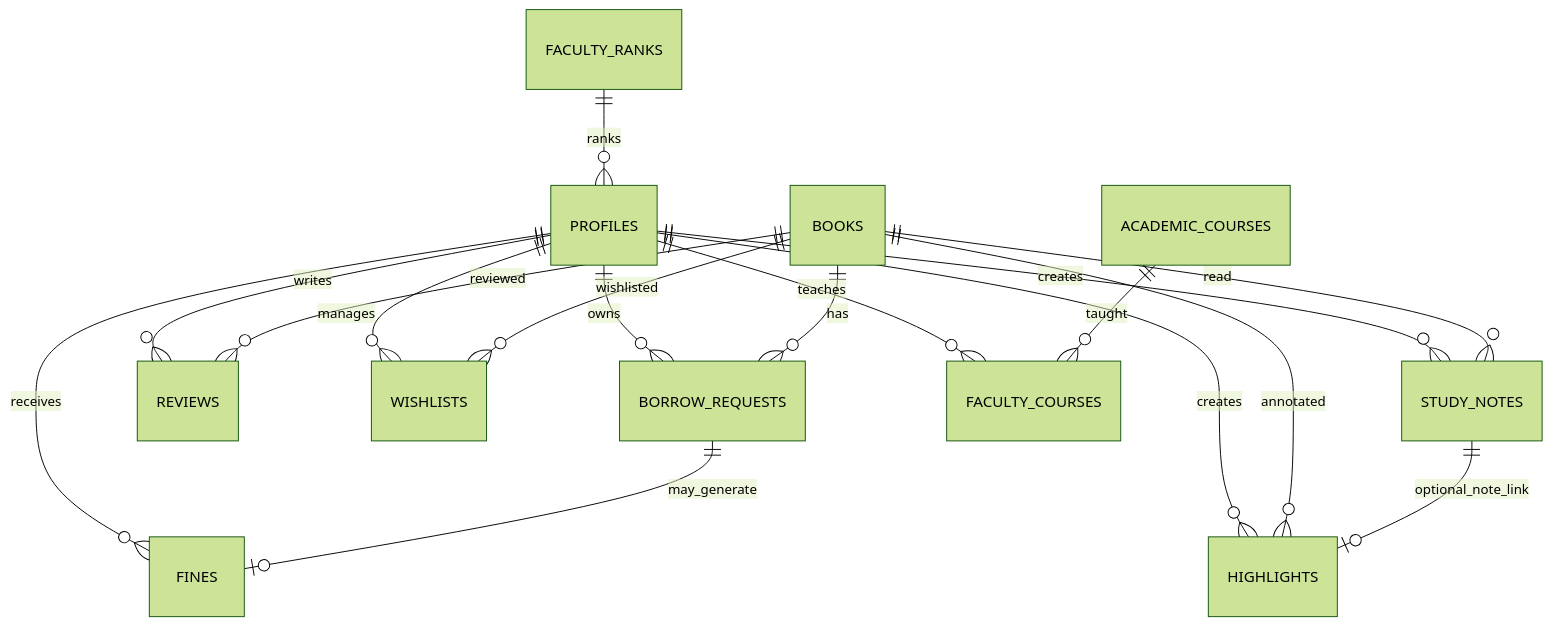
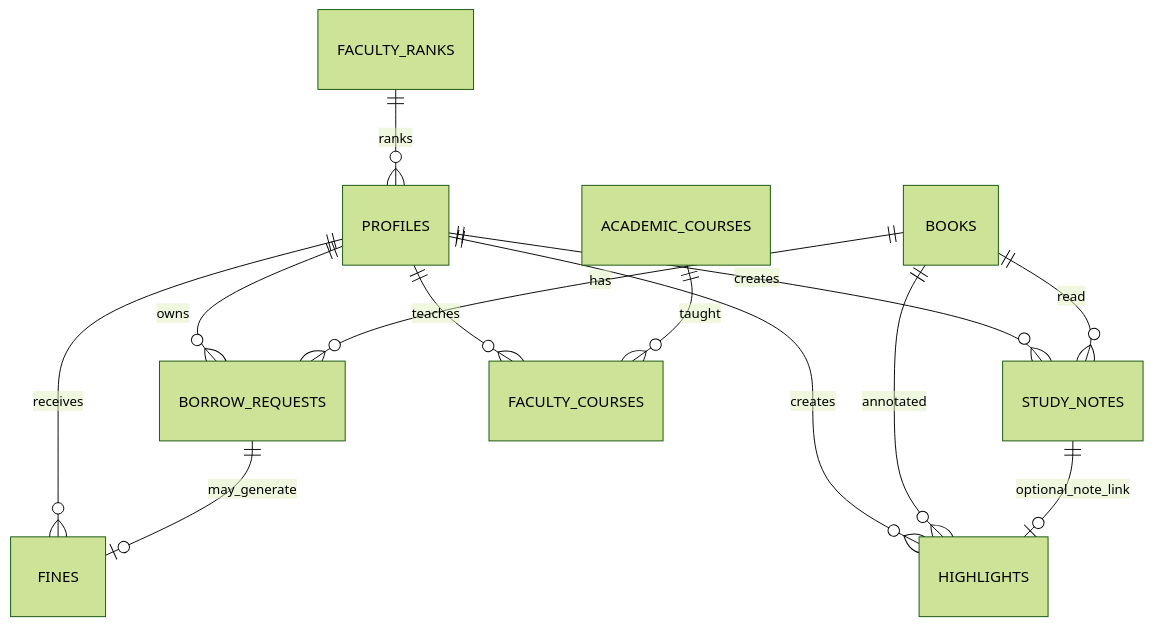
One commit to hirruaa/Smart_lib changed the diagram in SCHEMA.md. Above: the diagram before and after it, drawn with Mermaid (forest theme). The commit also changed other lines of this file and 43 other files, not shown here.

````diff
--- a/SCHEMA.md
+++ b/SCHEMA.md
@@ -234,21 +215,17 @@
 ```mermaid
 erDiagram
   PROFILES ||--o{ BORROW_REQUESTS : owns
-  PROFILES ||--o{ REVIEWS : writes
-  PROFILES ||--o{ WISHLISTS : manages
   PROFILES ||--o{ STUDY_NOTES : creates
   PROFILES ||--o{ HIGHLIGHTS : creates
   PROFILES ||--o{ FINES : receives
   PROFILES ||--o{ FACULTY_COURSES : teaches
   FACULTY_RANKS ||--o{ PROFILES : ranks
   ACADEMIC_COURSES ||--o{ FACULTY_COURSES : taught
 
   BOOKS ||--o{ BORROW_REQUESTS : has
-  BOOKS ||--o{ REVIEWS : reviewed
-  BOOKS ||--o{ WISHLISTS : wishlisted
   BOOKS ||--o{ STUDY_NOTES : read
   BOOKS ||--o{ HIGHLIGHTS : annotated
 
   BORROW_REQUESTS ||--o| FINES : may_generate
   STUDY_NOTES ||--o| HIGHLIGHTS : optional_note_link
 ```
````
